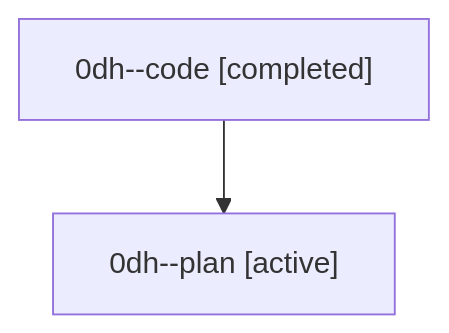
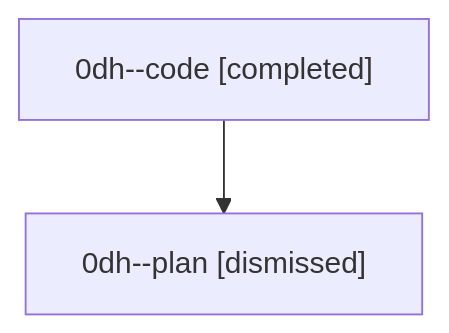
Before and after one commit to sase-org/sase--agents: the diagram in sessions/bbugyi200.athena.0dh.md, drawn with Mermaid. The commit also changed other lines of this file and 27 other files, not shown here.

````diff
--- a/sessions/bbugyi200.athena.0dh.md
+++ b/sessions/bbugyi200.athena.0dh.md
@@ -9,6 +9,6 @@
 ```mermaid
 flowchart TD
   n0["0dh--code [completed]"]
-  n1["0dh--plan [active]"]
+  n1["0dh--plan [dismissed]"]
   n0 --> n1
 ```
````
